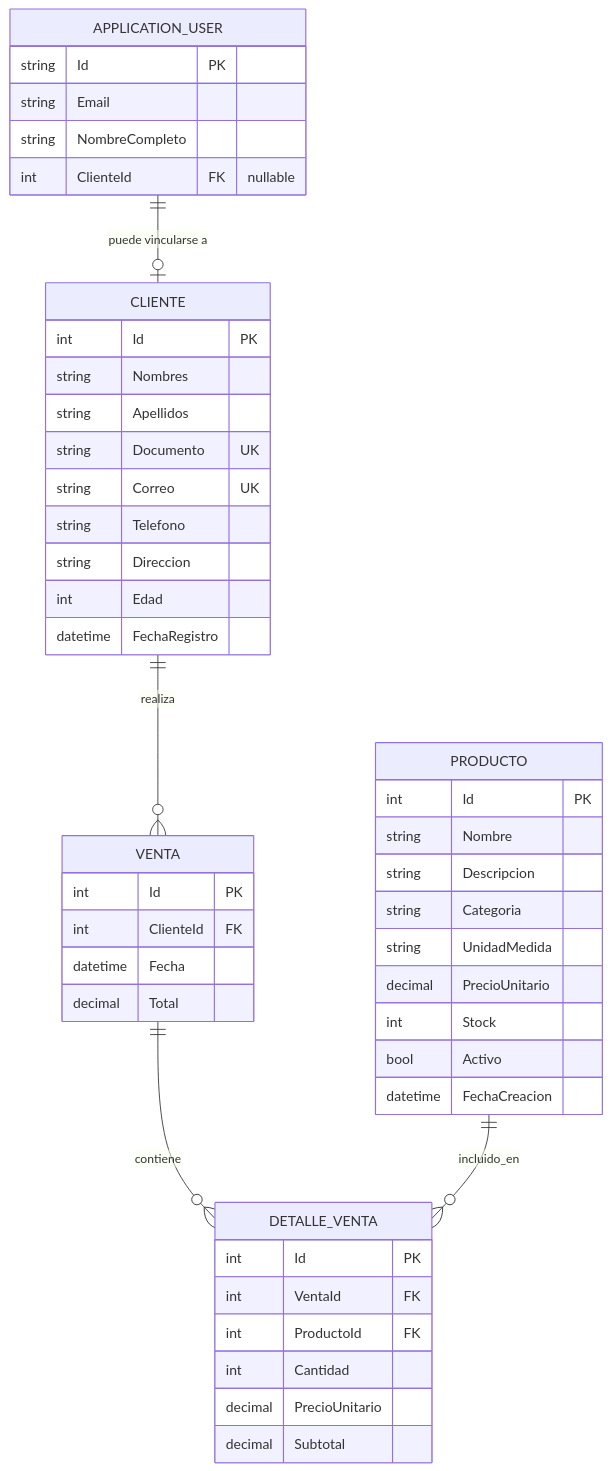
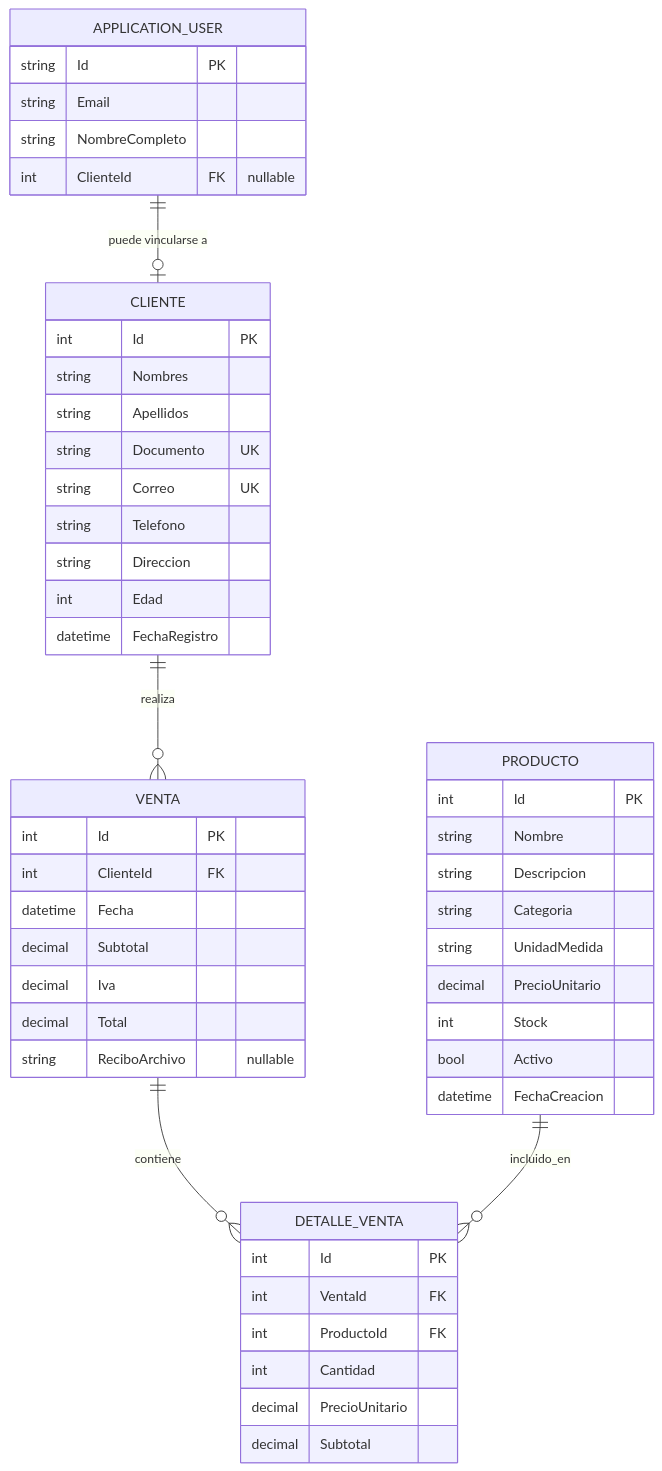
Before and after one commit to smendozaviloria9-creator/Firmeza: the diagram in docs/modelo-entidad-relacion.md, drawn with Mermaid. The commit also changed other lines of this file and 1 other file, not shown here.

Commit message:
docs: actualizar diagrama ER y de clases con Clean Architecture y campos de Semana 2

````diff
--- a/docs/modelo-entidad-relacion.md
+++ b/docs/modelo-entidad-relacion.md
@@ -3,54 +3,57 @@
 ```mermaid
 erDiagram
     CLIENTE ||--o{ VENTA : realiza
     VENTA ||--o{ DETALLE_VENTA : contiene
     PRODUCTO ||--o{ DETALLE_VENTA : incluido_en
     APPLICATION_USER ||--o| CLIENTE : "puede vincularse a"
 
     CLIENTE {
         int Id PK
         string Nombres
         string Apellidos
         string Documento UK
         string Correo UK
         string Telefono
         string Direccion
         int Edad
         datetime FechaRegistro
     }
 
     PRODUCTO {
         int Id PK
         string Nombre
         string Descripcion
         string Categoria
         string UnidadMedida
         decimal PrecioUnitario
         int Stock
         bool Activo
         datetime FechaCreacion
     }
 
     VENTA {
         int Id PK
         int ClienteId FK
         datetime Fecha
+        decimal Subtotal
+        decimal Iva
         decimal Total
+        string ReciboArchivo "nullable"
     }
 
     DETALLE_VENTA {
         int Id PK
         int VentaId FK
         int ProductoId FK
         int Cantidad
         decimal PrecioUnitario
         decimal Subtotal
     }
 
     APPLICATION_USER {
         string Id PK
         string Email
         string NombreCompleto
         int ClienteId FK "nullable"
     }
 ```
````
